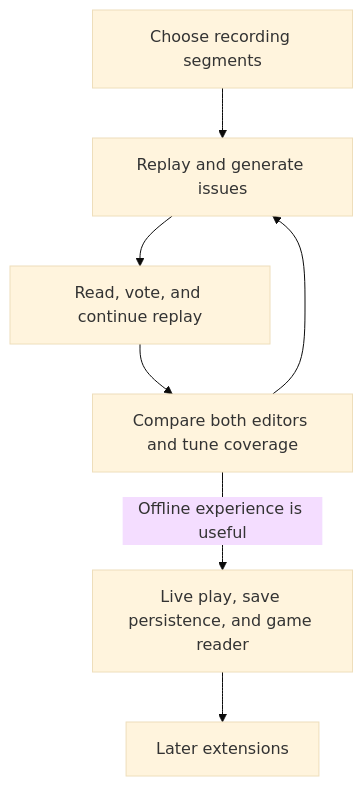
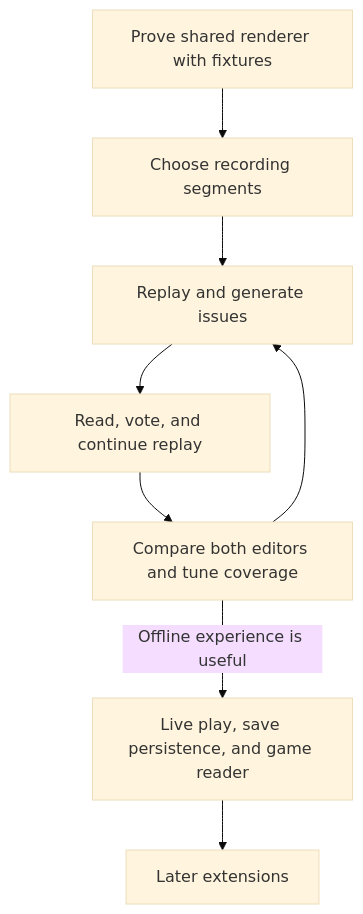
The third of 3 diagrams in docs/plans/newspaper/spec.md (vox-deorum/vox-deorum), drawn with Mermaid (base theme) before and after one commit. The commit also changed other lines of this file and 13 other files, not shown here.

````diff
--- a/docs/plans/newspaper/spec.md
+++ b/docs/plans/newspaper/spec.md
@@ -418,9 +423,10 @@
 ```mermaid
 flowchart TD
+    R[Prove shared renderer with fixtures] --> A
     A[Choose recording segments] --> B[Replay and generate issues]
     B --> C[Read, vote, and continue replay]
     C --> D[Compare both editors and tune coverage]
     D --> B
     D -->|Offline experience is useful| E[Live play, save persistence, and game reader]
     E --> F[Later extensions]
 ```
````
